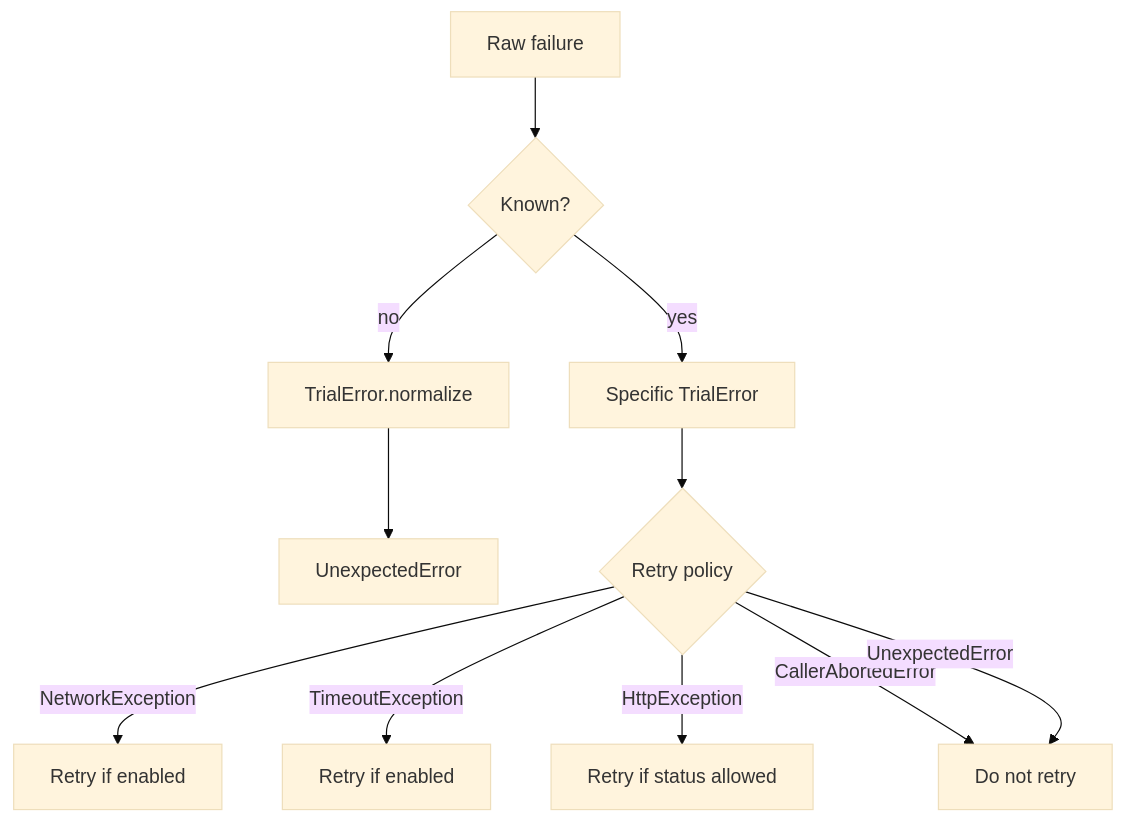
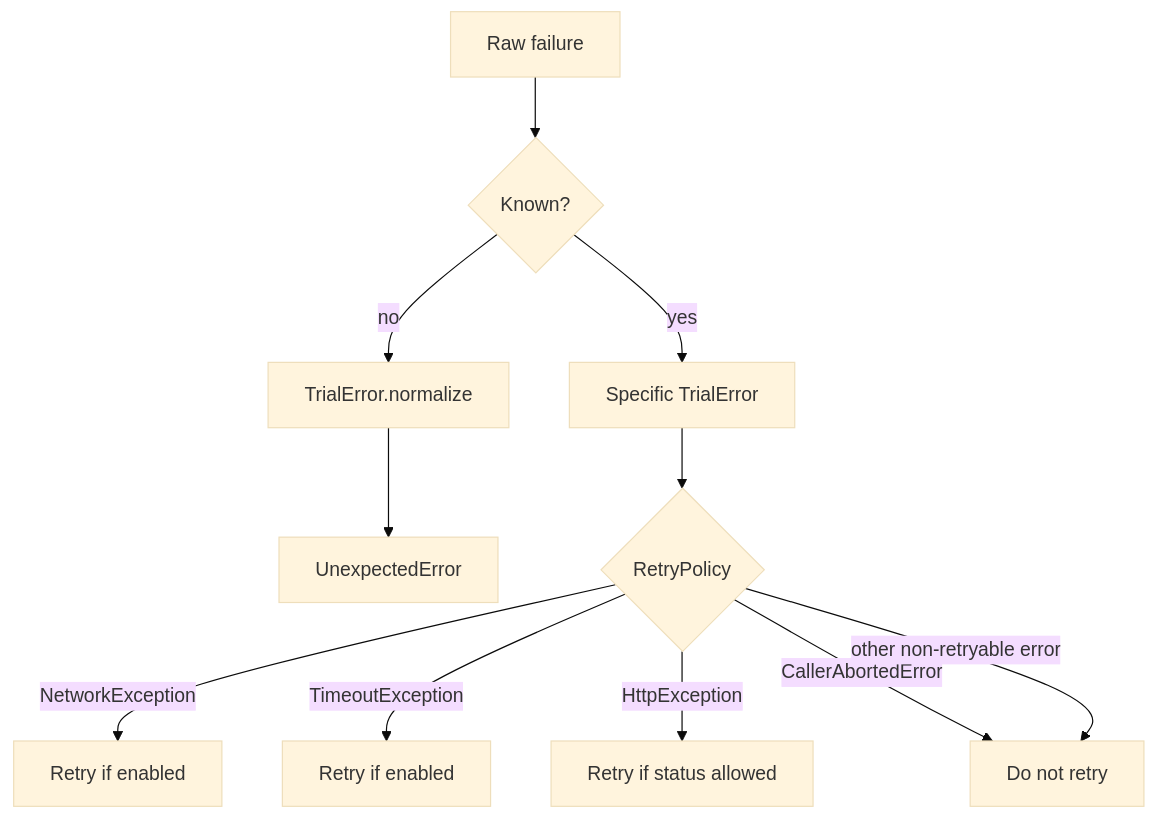
Before and after one commit to Snoke19/ctgov-history-sync: the sixth of 9 diagrams in README.md, drawn with Mermaid (base theme). The commit also changed other lines of this file, not shown here.

````diff
--- a/README.md
+++ b/README.md
@@ -221,14 +221,14 @@
 ```mermaid
 flowchart TD
     RAW[Raw failure] --> CLASSIFY{Known?}
     CLASSIFY -->|yes| SPECIFIC[Specific TrialError]
     CLASSIFY -->|no| NORMALIZE[TrialError.normalize]
     NORMALIZE --> UNEXPECTED[UnexpectedError]
 
-    SPECIFIC --> RETRY{Retry policy}
+    SPECIFIC --> RETRY{RetryPolicy}
     RETRY -->|NetworkException| RN[Retry if enabled]
     RETRY -->|TimeoutException| RT[Retry if enabled]
     RETRY -->|HttpException| RH[Retry if status allowed]
     RETRY -->|CallerAbortedError| NO[Do not retry]
-    RETRY -->|UnexpectedError| NO
+    RETRY -->|other non-retryable error| NO
 ```
````
